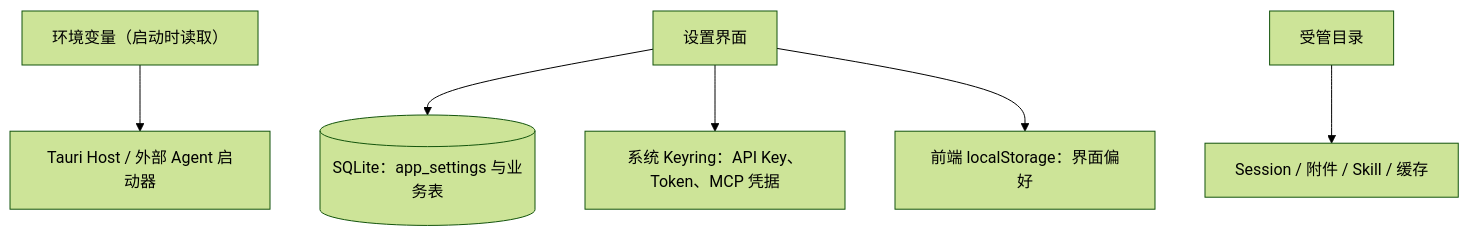
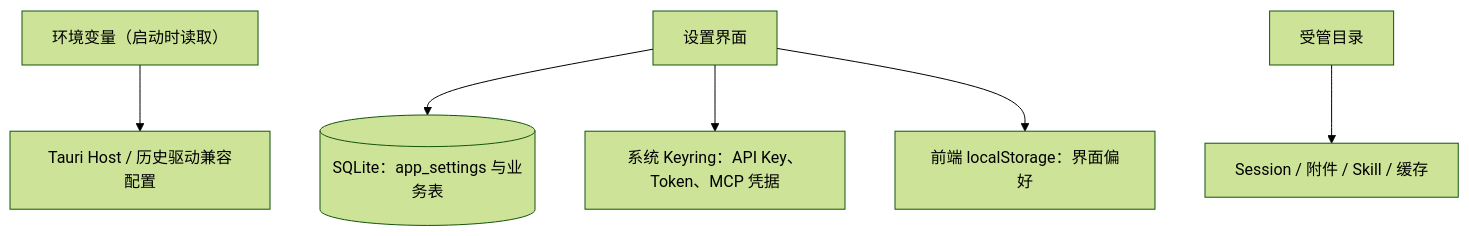
Before and after one commit to Hry1729/Fox-Agent: the diagram in docs/04-技术参考/配置参考.md, drawn with Mermaid (forest theme). The commit also changed other lines of this file and 95 other files, not shown here.

````diff
--- a/docs/04-技术参考/配置参考.md
+++ b/docs/04-技术参考/配置参考.md
@@ -16,8 +16,8 @@
 ```mermaid
 flowchart TD
-    ENV["环境变量（启动时读取）"] --> HOST["Tauri Host / 外部 Agent 启动器"]
+    ENV["环境变量（启动时读取）"] --> HOST["Tauri Host / 历史驱动兼容配置"]
     UI["设置界面"] --> DB[("SQLite：app_settings 与业务表")]
     UI --> KEY["系统 Keyring：API Key、Token、MCP 凭据"]
     UI --> LS["前端 localStorage：界面偏好"]
     FILE["受管目录"] --> ASSET["Session / 附件 / Skill / 缓存"]
 ```
````
